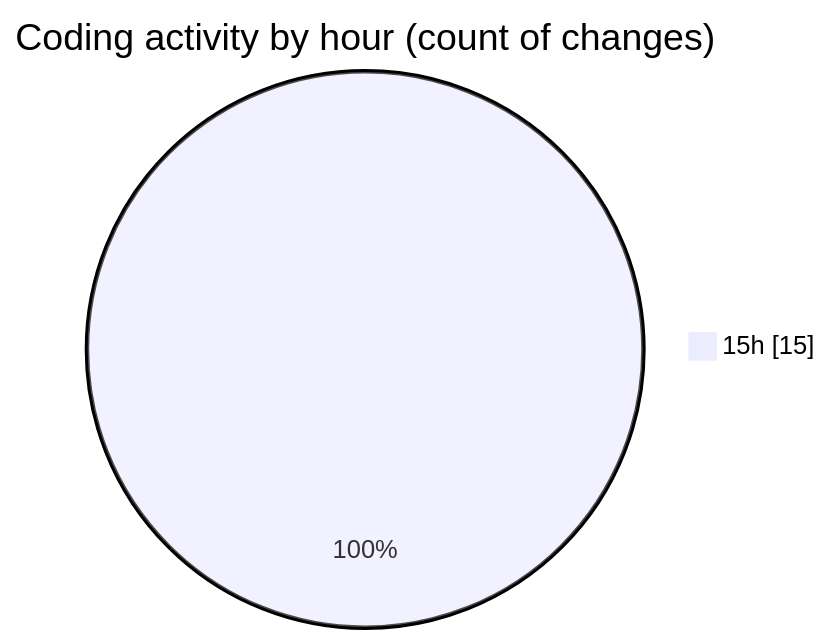
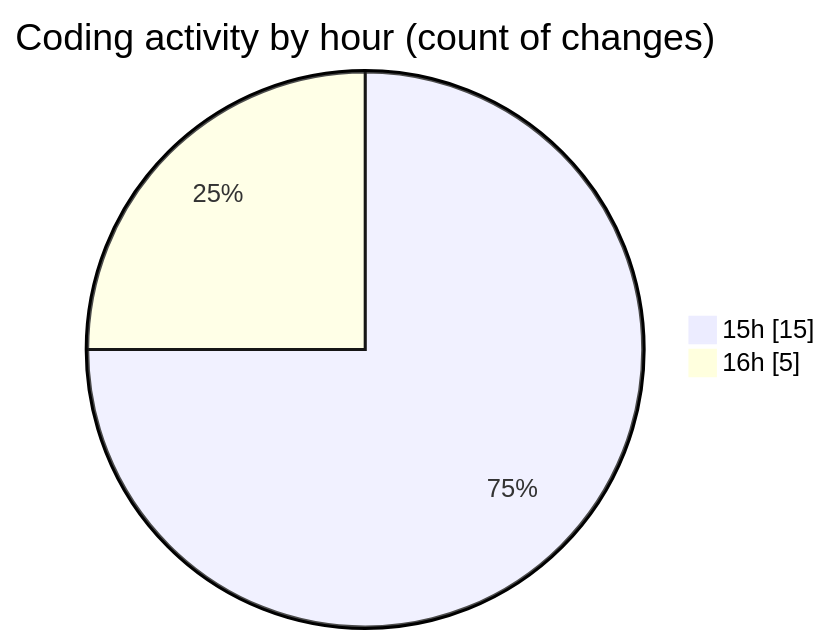
One commit to robertbonfada/code-tracking changed the second of 2 diagrams in 2025-02-04/mbc-web/README.md. Above: the diagram before and after it, drawn with Mermaid. The commit also changed other lines of this file and 1 other file, not shown here.

````diff
--- a/2025-02-04/mbc-web/README.md
+++ b/2025-02-04/mbc-web/README.md
@@ -30,5 +30,6 @@
 ```mermaid
 pie showData
 title Coding activity by hour (count of changes)
 "15h" : 15
+"16h" : 5
 ```
````
